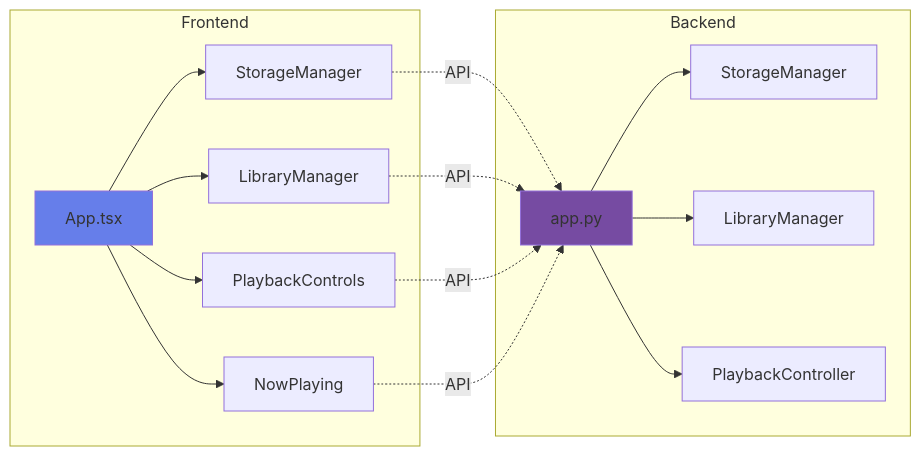
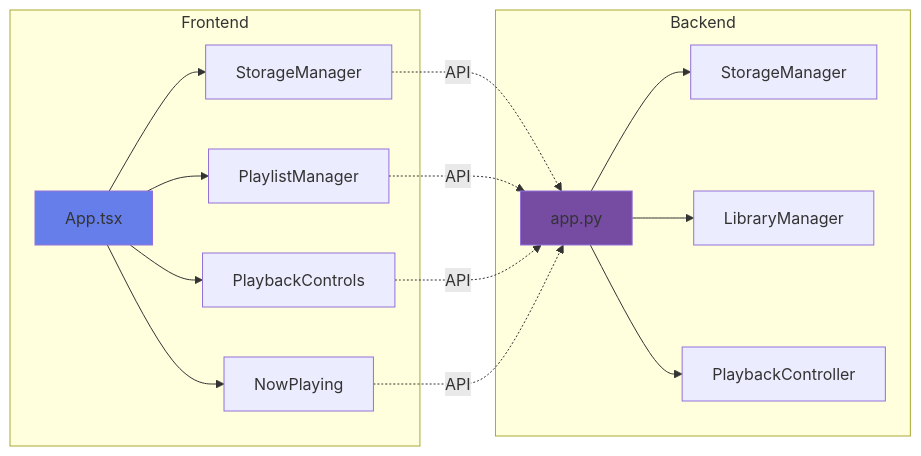
One commit to xXLAOKOONXx/media-player changed the second of 2 diagrams in README.md. Above: the diagram before and after it, drawn with Mermaid. The commit also changed other lines of this file and 2 other files, not shown here.

````diff
--- a/README.md
+++ b/README.md
@@ -48,23 +54,23 @@
 ```mermaid
 graph LR
     subgraph Frontend
         A[App.tsx] --> B[StorageManager]
-        A --> C[LibraryManager]
+        A --> C[PlaylistManager]
         A --> D[PlaybackControls]
         A --> E[NowPlaying]
     end
     
     subgraph Backend
         F[app.py] --> G[StorageManager]
         F --> H[LibraryManager]
         F --> I[PlaybackController]
     end
     
     B -.API.-> F
     C -.API.-> F
     D -.API.-> F
     E -.API.-> F
     
     style A fill:#667eea
     style F fill:#764ba2
 ```
````
